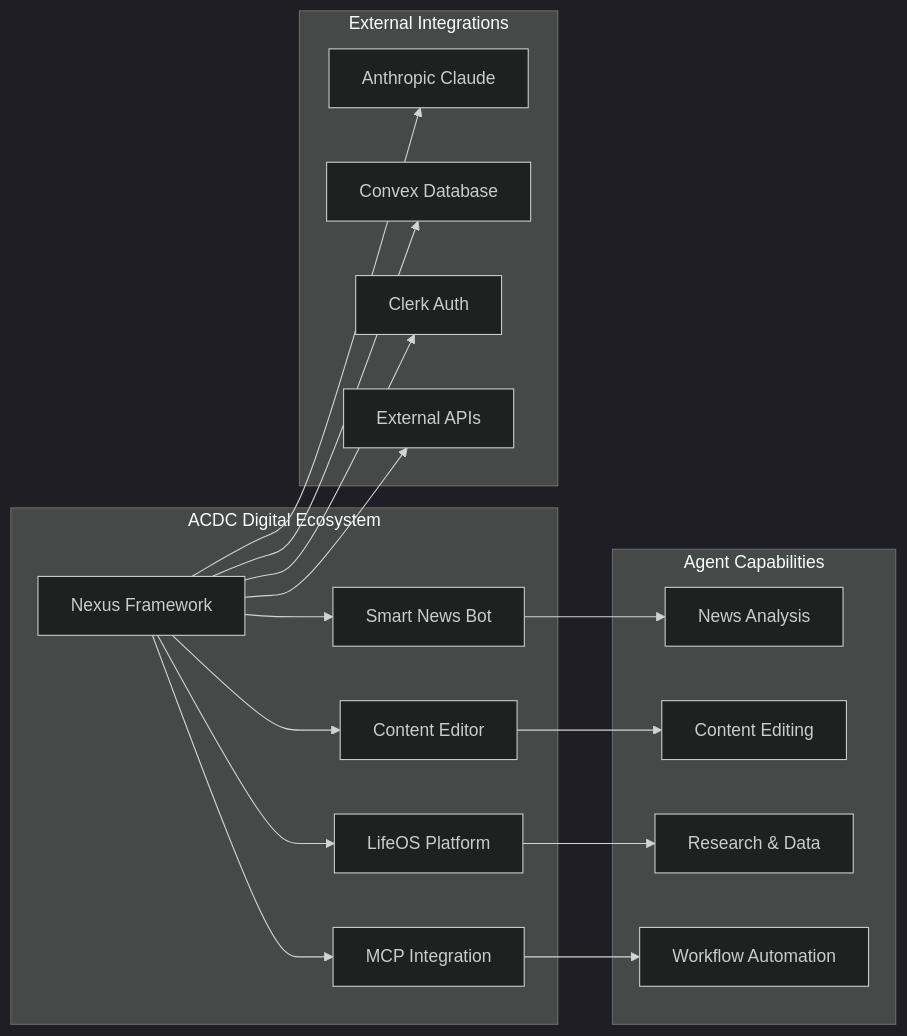
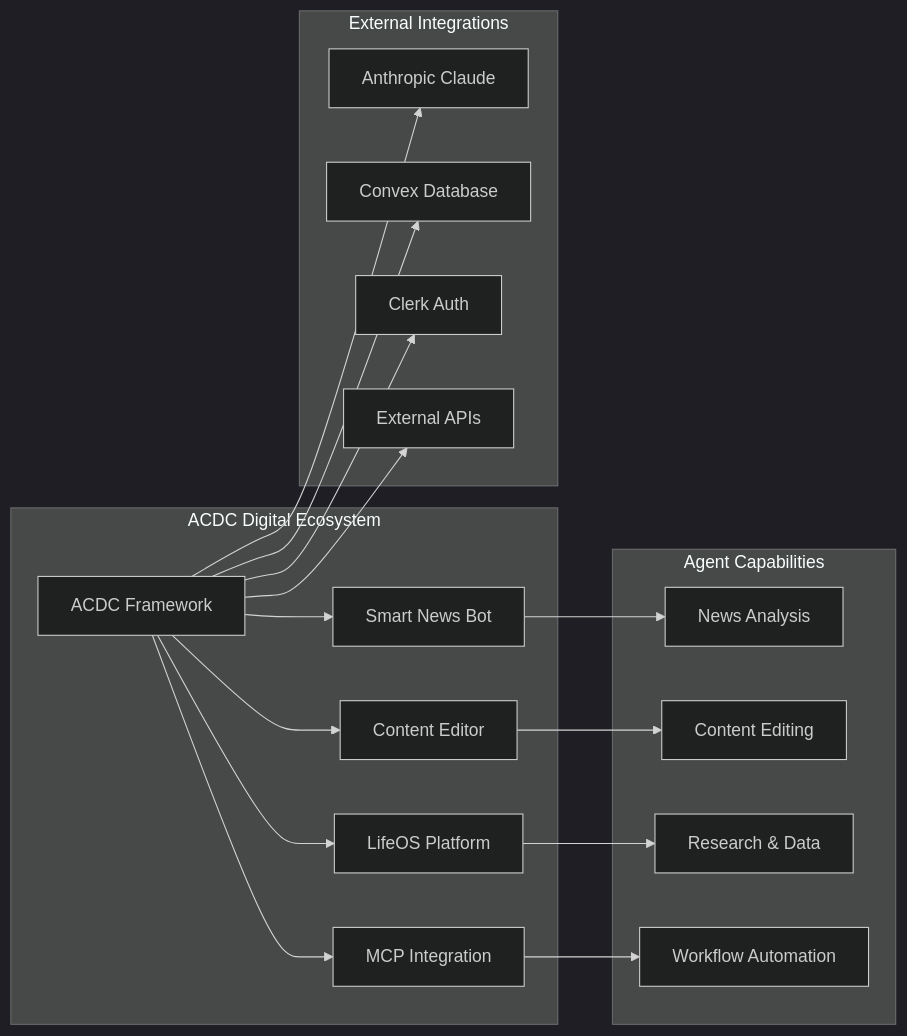
The third of 4 diagrams in .agents/agentic-framework-implementation-guide.md (acdc-digital/acdc-digital), drawn with Mermaid (dark theme) before and after one commit. The commit also changed other lines of this file and 12 other files, not shown here.

First line of the commit message:
Rebrand: Rename Nexus Framework to ACDC Framework

````diff
--- a/.agents/agentic-framework-implementation-guide.md
+++ b/.agents/agentic-framework-implementation-guide.md
@@ -661,33 +661,33 @@
 ```mermaid
 graph LR
     subgraph "ACDC Digital Ecosystem"
-        N[Nexus Framework] --> SMNB[Smart News Bot]
+        N[ACDC Framework] --> SMNB[Smart News Bot]
         N --> AURA[Content Editor]
         N --> LIFE[LifeOS Platform]
         N --> RUUF[MCP Integration]
     end
     
     subgraph "Agent Capabilities"
         NEWS[News Analysis]
         EDIT[Content Editing]
         RES[Research & Data]
         WORK[Workflow Automation]
     end
     
     subgraph "External Integrations"
         ANT[Anthropic Claude]
         CONV[Convex Database]
         CLERK[Clerk Auth]
         EXT[External APIs]
     end
     
     SMNB --> NEWS
     AURA --> EDIT
     LIFE --> RES
     RUUF --> WORK
     
     N --> ANT
     N --> CONV
     N --> CLERK
     N --> EXT
 ```
````
